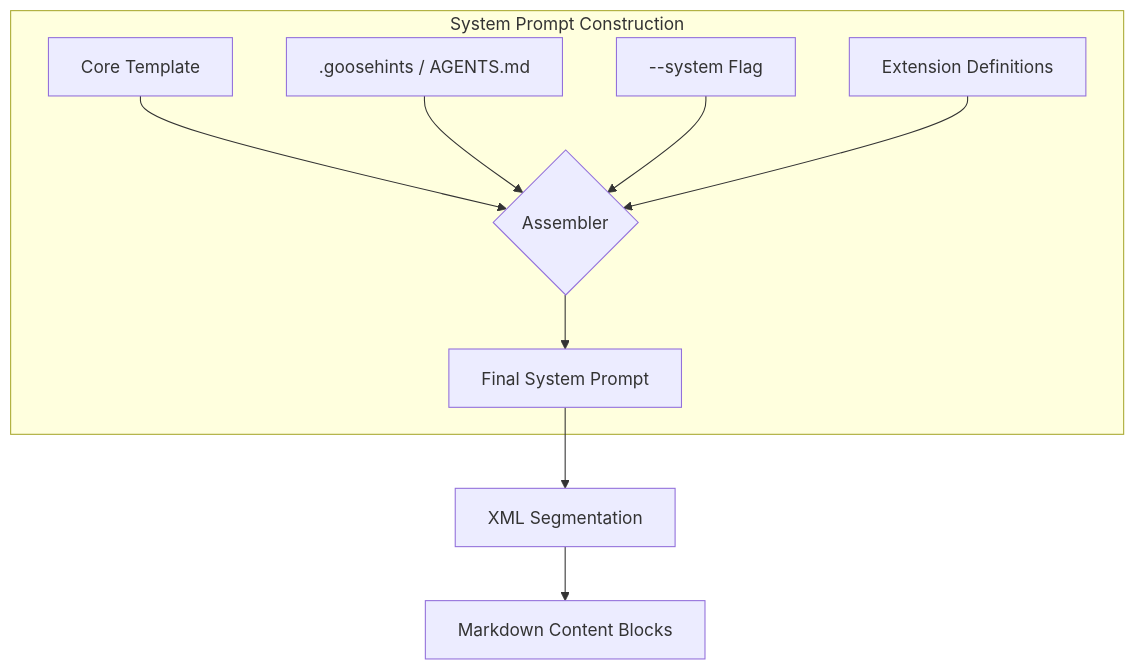
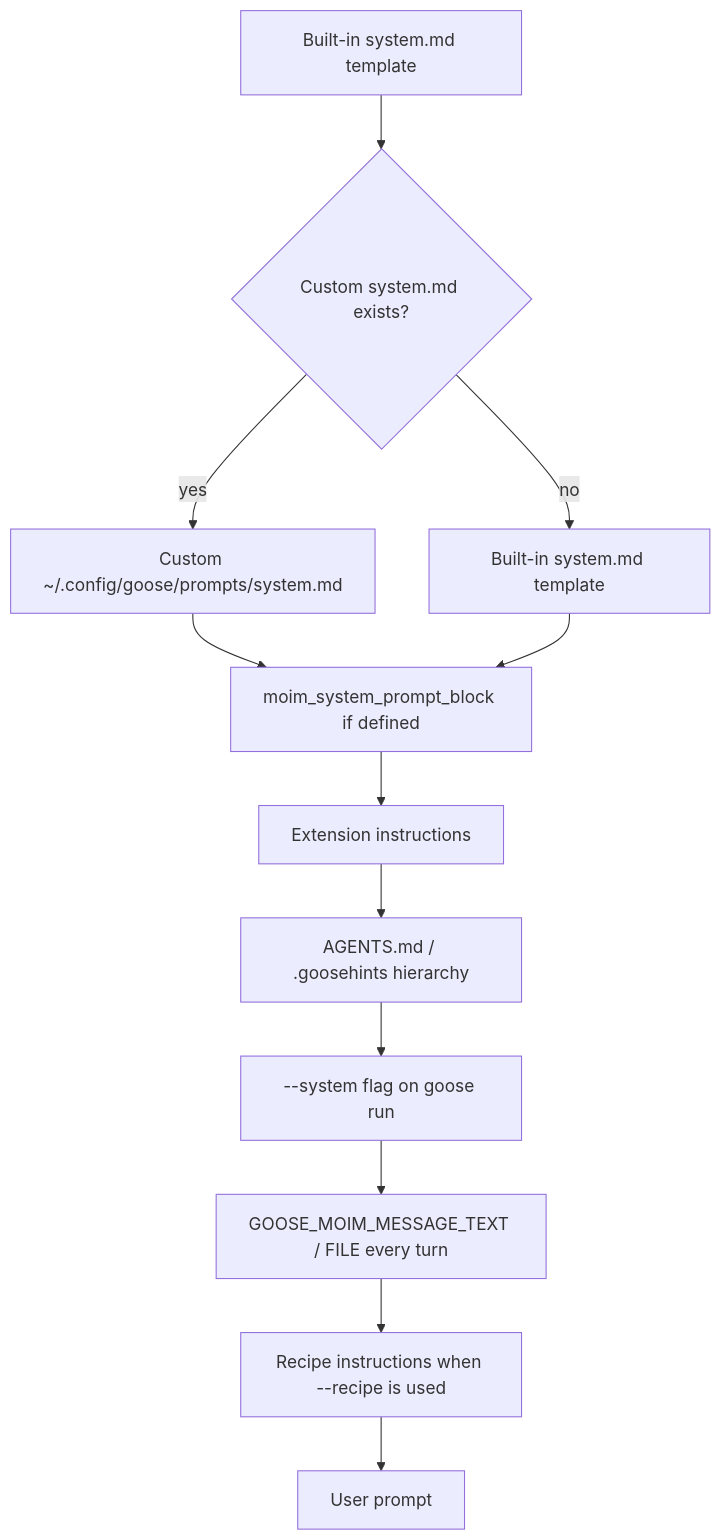
The diagram in claudine/docs/research/system-prompt/goose.md (yankeeinlondon/rusty-biscuit), drawn with Mermaid before and after one commit. The commit also changed other lines of this file and 9 other files, not shown here.

First line of the commit message:
docs(claudine): expand system-prompt fleet with new providers

````diff
--- a/claudine/docs/research/system-prompt/goose.md
+++ b/claudine/docs/research/system-prompt/goose.md
@@ -86,12 +271,14 @@
 ```mermaid
 graph TD
-    subgraph "System Prompt Construction"
-    A[Core Template] --> D{Assembler}
-    B[.goosehints / AGENTS.md] --> D
-    C[--system Flag] --> D
-    E[Extension Definitions] --> D
-    D --> F[Final System Prompt]
-    end
-    F --> G[XML Segmentation]
-    G --> H[Markdown Content Blocks]
+    A[Built-in system.md template] --> B{Custom system.md exists?}
+    B -- yes --> C[Custom ~/.config/goose/prompts/system.md]
+    B -- no --> D[Built-in system.md template]
+    C --> E[moim_system_prompt_block if defined]
+    D --> E
+    E --> F[Extension instructions]
+    F --> G[AGENTS.md / .goosehints hierarchy]
+    G --> H[--system flag on goose run]
+    H --> I[GOOSE_MOIM_MESSAGE_TEXT / FILE every turn]
+    I --> J[Recipe instructions when --recipe is used]
+    J --> K[User prompt]
 ```
````
